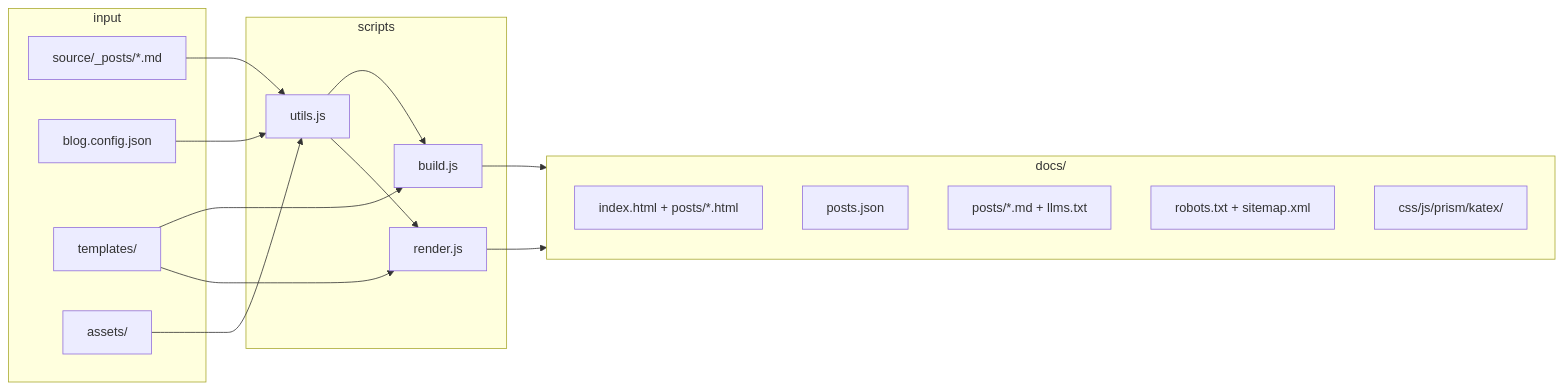
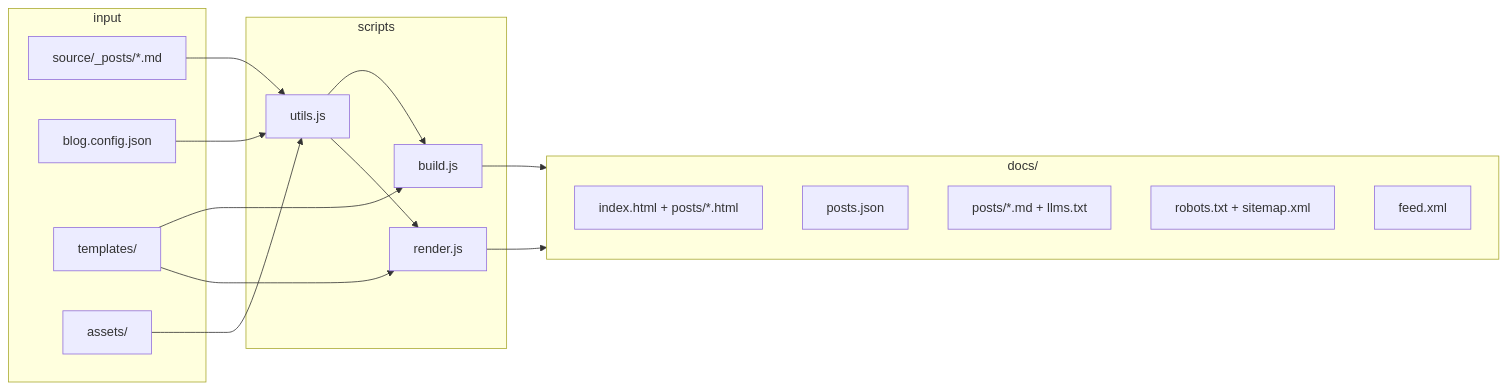
One commit to iintothewind/swan-post changed the first of 4 diagrams in design.md. Above: the diagram before and after it, drawn with Mermaid. The commit also changed other lines of this file and 11 other files, not shown here.

````diff
--- a/design.md
+++ b/design.md
@@ -30,33 +31,33 @@
 ```mermaid
 flowchart LR
   subgraph input
     MD["source/_posts/*.md"]
     CFG["blog.config.json"]
     TPL["templates/"]
     AST["assets/"]
   end
 
   subgraph scripts
     U["utils.js"]
     B["build.js"]
     R["render.js"]
   end
 
   subgraph output["docs/"]
     HTML["index.html + posts/*.html"]
     IDX["posts.json"]
     AGT["posts/*.md + llms.txt"]
     CRAWL["robots.txt + sitemap.xml"]
-    STA["css/js/prism/katex/"]
+    FEED["feed.xml"]
   end
 
   MD --> U
   CFG --> U
   TPL --> B
   TPL --> R
   AST --> U
   U --> B
   U --> R
   B --> output
   R --> output
 ```
````
